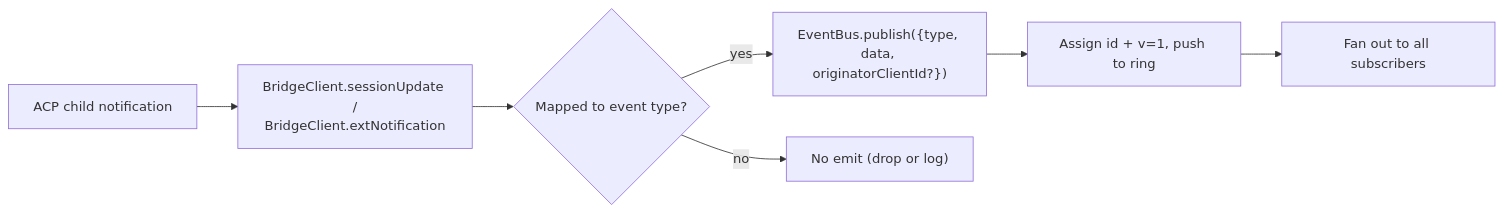
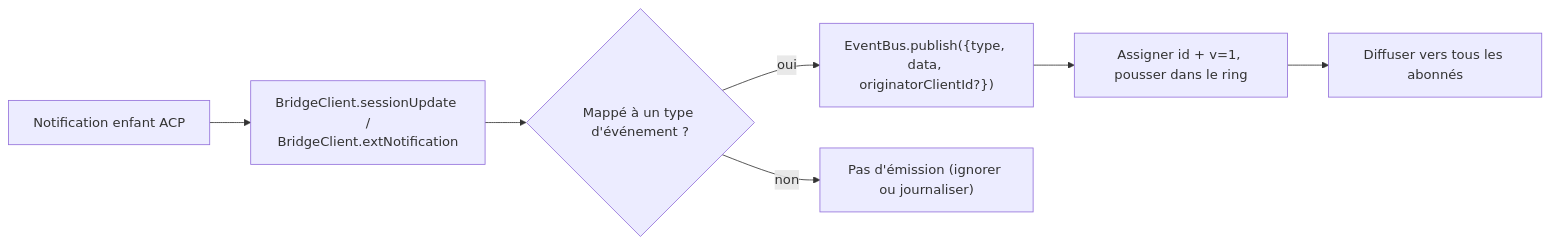
The first of 2 diagrams in website/content/fr/developers/daemon/09-event-schema.md (QwenLM/qwen-code-docs), drawn with Mermaid before and after one commit. The commit also changed other lines of this file and 1077 other files, not shown here.

````diff
--- a/website/content/fr/developers/daemon/09-event-schema.md
+++ b/website/content/fr/developers/daemon/09-event-schema.md
@@ -164,9 +167,9 @@
 ```mermaid
 flowchart LR
-    A["ACP child notification"] --> B["BridgeClient.sessionUpdate /<br/>BridgeClient.extNotification"]
-    B --> C{"Mapped to event type?"}
-    C -->|yes| D["EventBus.publish({type, data, originatorClientId?})"]
-    C -->|no| E["No emit (drop or log)"]
-    D --> F["Assign id + v=1, push to ring"]
-    F --> G["Fan out to all subscribers"]
+    A["Notification enfant ACP"] --> B["BridgeClient.sessionUpdate /<br/>BridgeClient.extNotification"]
+    B --> C{"Mappé à un type d'événement ?"}
+    C -->|oui| D["EventBus.publish({type, data, originatorClientId?})"]
+    C -->|non| E["Pas d'émission (ignorer ou journaliser)"]
+    D --> F["Assigner id + v=1, pousser dans le ring"]
+    F --> G["Diffuser vers tous les abonnés"]
 ```
````
